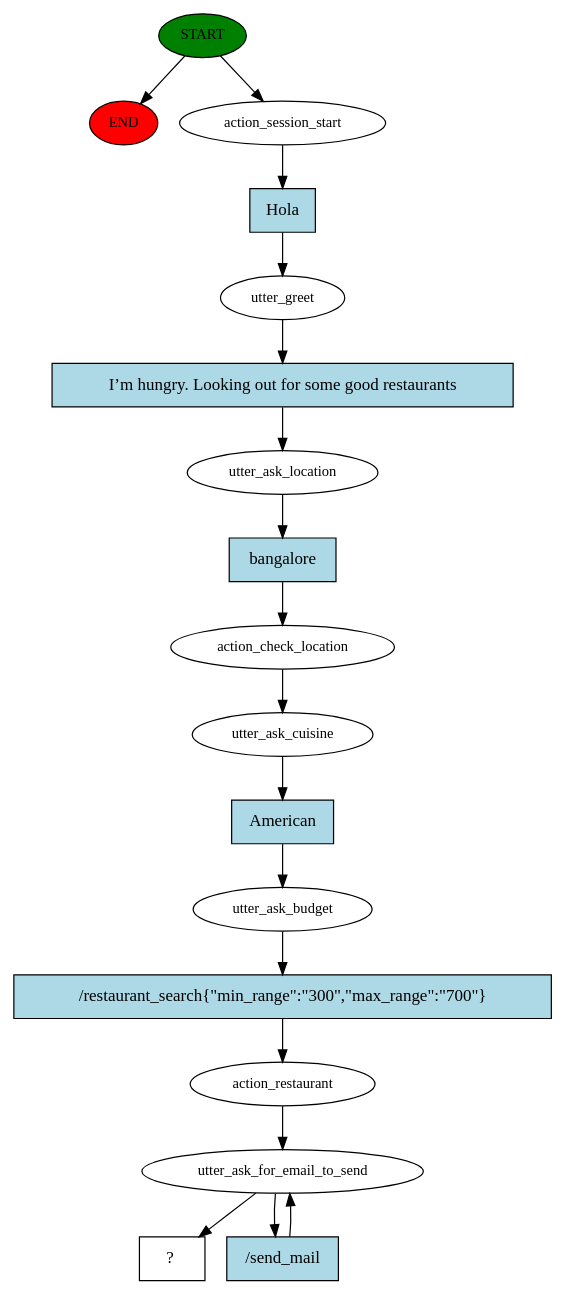
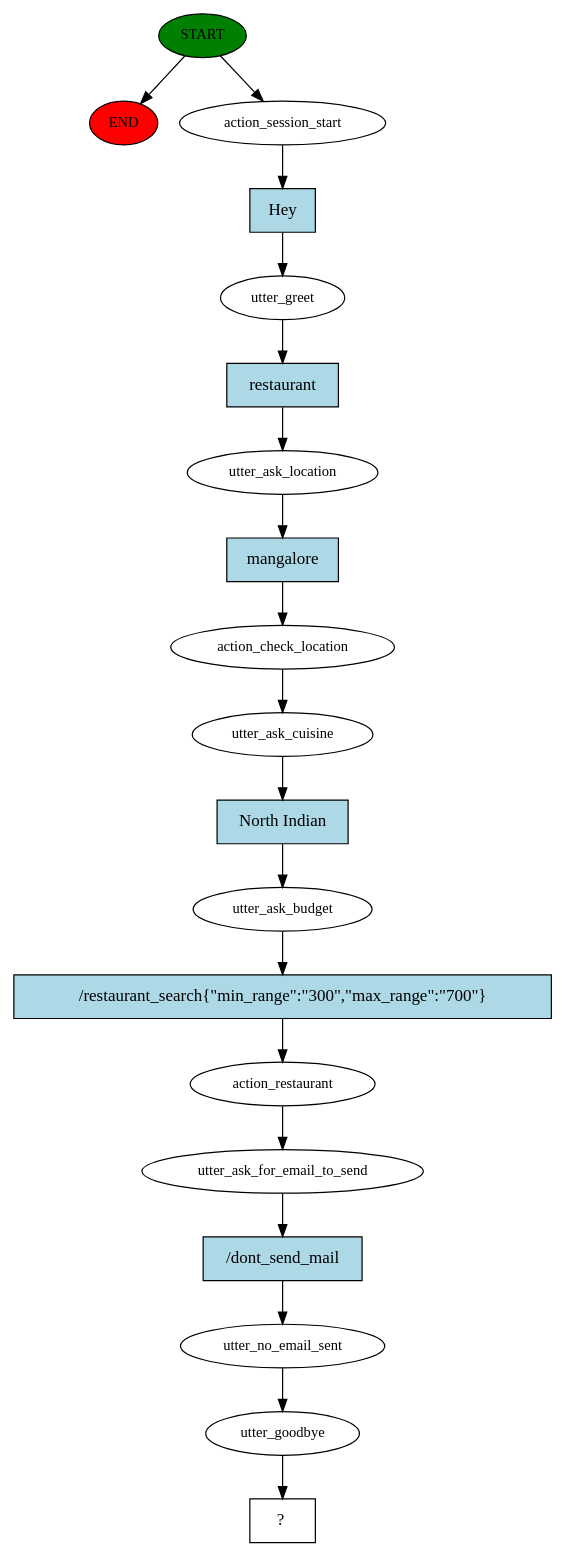
One commit to Manoj15/foodie_bot changed the diagram in story_graph.dot. Above: the diagram before and after it, drawn with Graphviz. The commit also changed 7 other files, not shown here.

```diff
--- a/story_graph.dot
+++ b/story_graph.dot
@@ -1,36 +1,39 @@
 digraph  {
 0 [class="start active", fillcolor=green, fontsize=12, label=START, style=filled];
 "-1" [class=end, fillcolor=red, fontsize=12, label=END, style=filled];
 1 [class=active, fontsize=12, label=action_session_start];
 2 [class=active, fontsize=12, label=utter_greet];
 3 [class=active, fontsize=12, label=utter_ask_location];
 4 [class=active, fontsize=12, label=action_check_location];
 5 [class=active, fontsize=12, label=utter_ask_cuisine];
 6 [class=active, fontsize=12, label=utter_ask_budget];
 7 [class=active, fontsize=12, label=action_restaurant];
 8 [class=active, fontsize=12, label=utter_ask_for_email_to_send];
-10 [class="intent dashed active", label="  ?  ", shape=rect];
-11 [class="intent active", fillcolor=lightblue, label=Hola, shape=rect, style=filled];
-12 [class="intent active", fillcolor=lightblue, label="I’m hungry. Looking out for some good restaurants", shape=rect, style=filled];
-13 [class="intent active", fillcolor=lightblue, label=bangalore, shape=rect, style=filled];
-14 [class="intent active", fillcolor=lightblue, label=American, shape=rect, style=filled];
-15 [class="intent active", fillcolor=lightblue, label="/restaurant_search{\"min_range\":\"300\",\"max_range\":\"700\"}", shape=rect, style=filled];
-16 [class="intent active", fillcolor=lightblue, label="/send_mail", shape=rect, style=filled];
+9 [class=active, fontsize=12, label=utter_no_email_sent];
+10 [class=active, fontsize=12, label=utter_goodbye];
+11 [class="intent dashed active", label="  ?  ", shape=rect];
+12 [class="intent active", fillcolor=lightblue, label=Hey, shape=rect, style=filled];
+13 [class="intent active", fillcolor=lightblue, label=restaurant, shape=rect, style=filled];
+14 [class="intent active", fillcolor=lightblue, label=mangalore, shape=rect, style=filled];
+15 [class="intent active", fillcolor=lightblue, label="North Indian", shape=rect, style=filled];
+16 [class="intent active", fillcolor=lightblue, label="/restaurant_search{\"min_range\":\"300\",\"max_range\":\"700\"}", shape=rect, style=filled];
+17 [class="intent active", fillcolor=lightblue, label="/dont_send_mail", shape=rect, style=filled];
 0 -> "-1"  [class="", key=NONE, label=""];
 0 -> 1  [class=active, key=NONE, label=""];
-1 -> 11  [class=active, key=0];
-2 -> 12  [class=active, key=0];
-3 -> 13  [class=active, key=0];
+1 -> 12  [class=active, key=0];
+2 -> 13  [class=active, key=0];
+3 -> 14  [class=active, key=0];
 4 -> 5  [class=active, key=NONE, label=""];
-5 -> 14  [class=active, key=0];
-6 -> 15  [class=active, key=0];
+5 -> 15  [class=active, key=0];
+6 -> 16  [class=active, key=0];
 7 -> 8  [class=active, key=NONE, label=""];
-8 -> 10  [class=active, key=NONE, label=""];
-8 -> 16  [class=active, key=0];
-11 -> 2  [class=active, key=0];
-12 -> 3  [class=active, key=0];
-13 -> 4  [class=active, key=0];
-14 -> 6  [class=active, key=0];
-15 -> 7  [class=active, key=0];
-16 -> 8  [class=active, key=0];
+8 -> 17  [class=active, key=0];
+9 -> 10  [class=active, key=NONE, label=""];
+10 -> 11  [class=active, key=NONE, label=""];
+12 -> 2  [class=active, key=0];
+13 -> 3  [class=active, key=0];
+14 -> 4  [class=active, key=0];
+15 -> 6  [class=active, key=0];
+16 -> 7  [class=active, key=0];
+17 -> 9  [class=active, key=0];
 }
```
